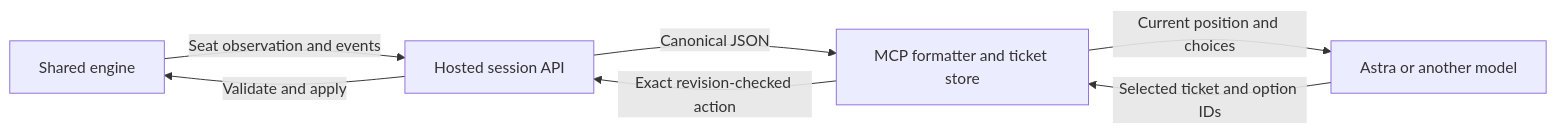
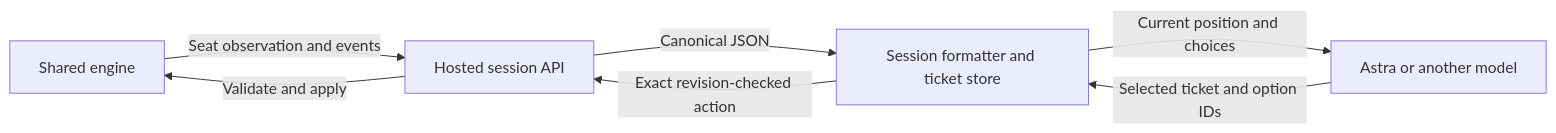
The diagram in docs/design-notes/model-facing-bot-interface.md (gwax/penta), drawn with Mermaid before and after one commit. The commit also changed other lines of this file and 33 other files, not shown here.

````diff
--- a/docs/design-notes/model-facing-bot-interface.md
+++ b/docs/design-notes/model-facing-bot-interface.md
@@ -15,9 +15,9 @@
 ```mermaid
 flowchart LR
   Engine[Shared engine] -->|Seat observation and events| Session[Hosted session API]
-  Session -->|Canonical JSON| Adapter[MCP formatter and ticket store]
+  Session -->|Canonical JSON| Adapter[Session formatter and ticket store]
   Adapter -->|Current position and choices| Model[Astra or another model]
   Model -->|Selected ticket and option IDs| Adapter
   Adapter -->|Exact revision-checked action| Session
   Session -->|Validate and apply| Engine
 ```
````
